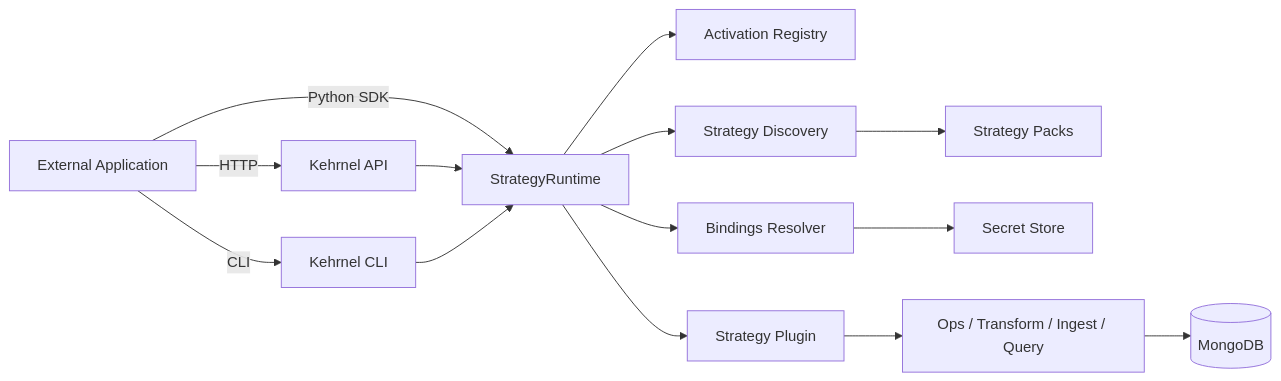
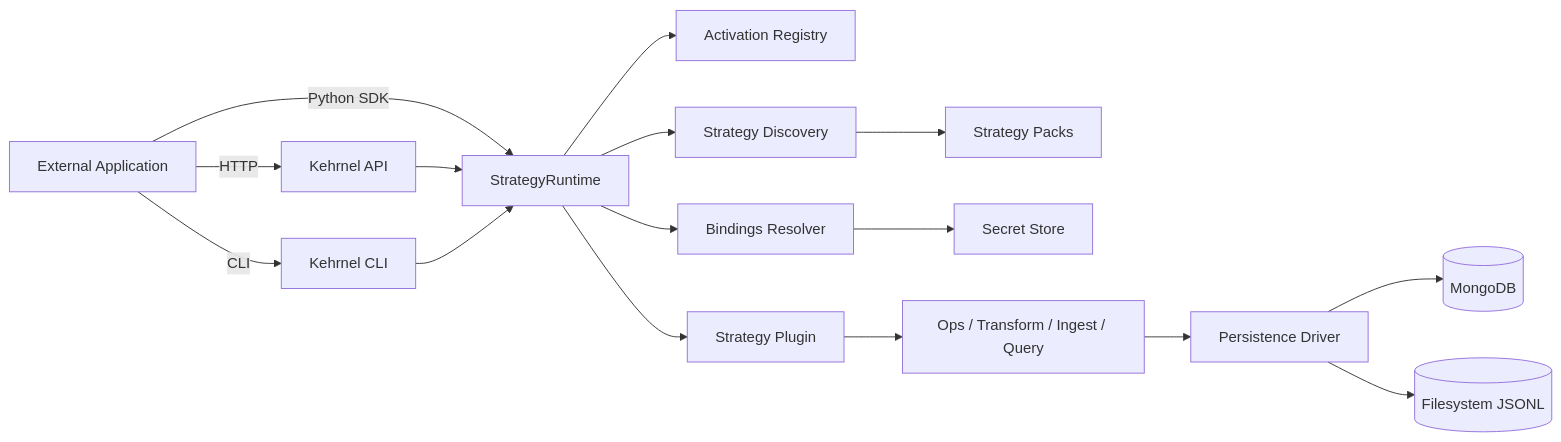
One commit to mongodb-industry-solutions/kehrnel changed the diagram in README.md. Above: the diagram before and after it, drawn with Mermaid. The commit also changed other lines of this file and 302 other files, not shown here.

````diff
--- a/README.md
+++ b/README.md
@@ -93,19 +97,21 @@
 ```mermaid
 flowchart LR
   APP[External Application] -->|HTTP| API[Kehrnel API]
   APP -->|Python SDK| RT[StrategyRuntime]
   APP -->|CLI| CLI[Kehrnel CLI]
 
   API --> RT
   CLI --> RT
 
   RT --> REG[Activation Registry]
   RT --> DISC[Strategy Discovery]
   DISC --> PACKS[Strategy Packs]
   RT --> RES[Bindings Resolver]
   RES --> SECRETS[Secret Store]
 
   RT --> PLUG[Strategy Plugin]
   PLUG --> OPS[Ops / Transform / Ingest / Query]
-  OPS --> MONGO[(MongoDB)]
+  OPS --> PERS[Persistence Driver]
+  PERS --> MONGO[(MongoDB)]
+  PERS --> FS[(Filesystem JSONL)]
 ```
````
